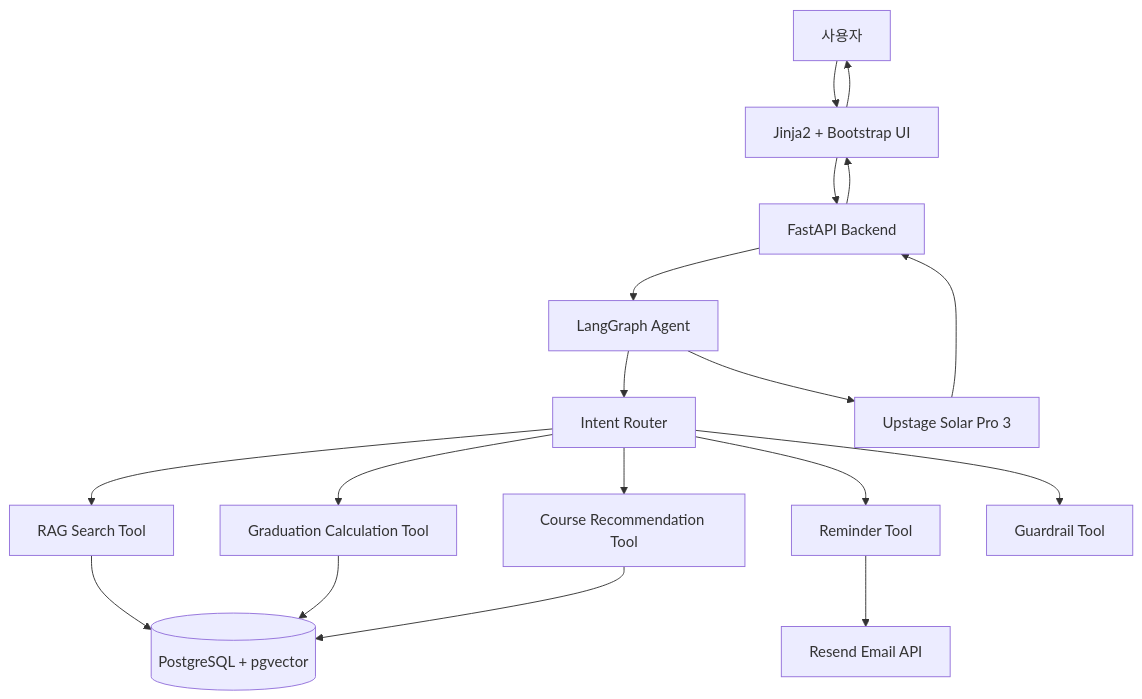
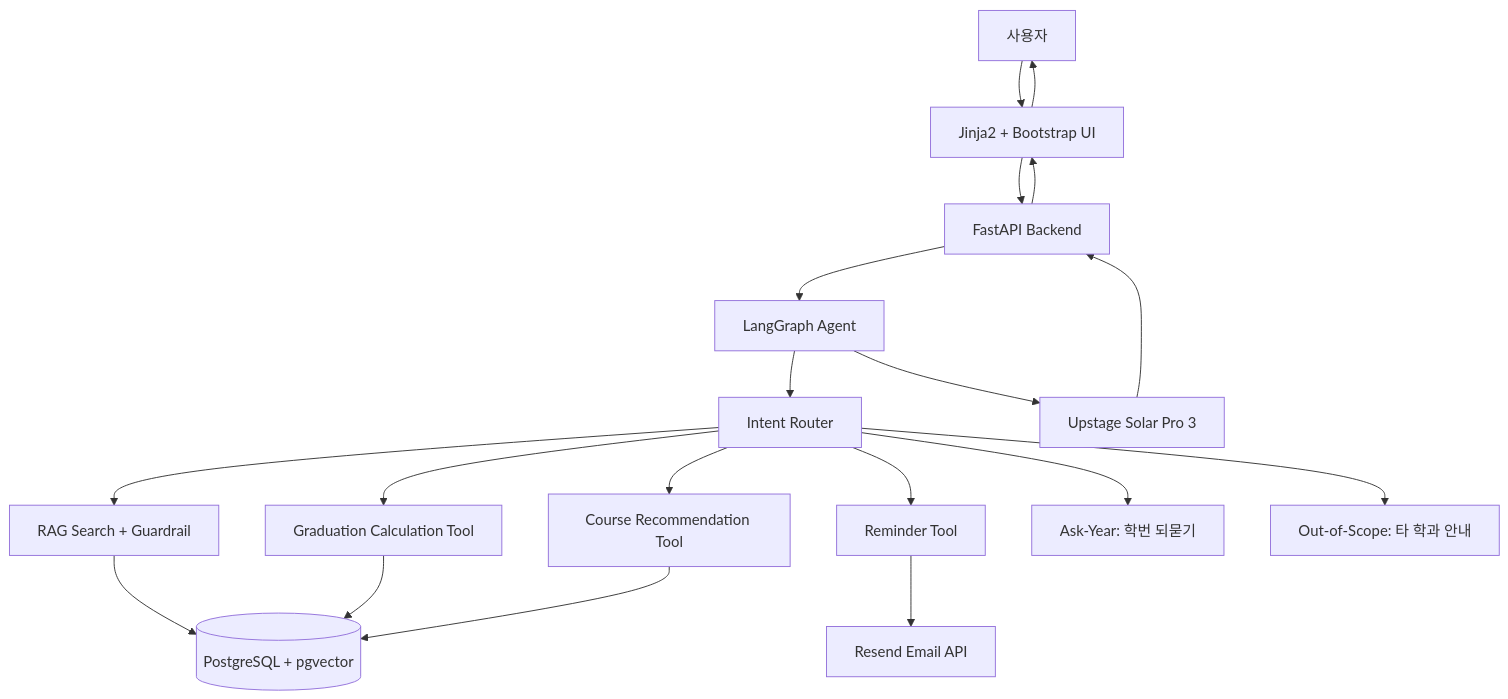
Before and after one commit to woojinwoojin/AI_Agent_Project: the diagram in README.md, drawn with Mermaid. The commit also changed other lines of this file and 2 other files, not shown here.

First line of the commit message:
docs: 최근 병합 반영해 README·ADR·architecture 최신화

````diff
--- a/README.md
+++ b/README.md
@@ -241,25 +243,26 @@
 ```mermaid
 flowchart TD
     USER[사용자] --> UI[Jinja2 + Bootstrap UI]
     UI --> API[FastAPI Backend]
 
     API --> AGENT[LangGraph Agent]
 
     AGENT --> ROUTER[Intent Router]
-    ROUTER --> RAG[RAG Search Tool]
+    ROUTER --> RAG[RAG Search + Guardrail]
     ROUTER --> GRAD[Graduation Calculation Tool]
     ROUTER --> COURSE[Course Recommendation Tool]
     ROUTER --> REMINDER[Reminder Tool]
-    ROUTER --> GUARD[Guardrail Tool]
+    ROUTER --> ASKYEAR[Ask-Year: 학번 되묻기]
+    ROUTER --> OOS[Out-of-Scope: 타 학과 안내]
 
     RAG --> DB[(PostgreSQL + pgvector)]
     GRAD --> DB
     COURSE --> DB
 
     AGENT --> LLM[Upstage Solar Pro 3]
     REMINDER --> RESEND[Resend Email API]
 
     LLM --> API
     API --> UI
     UI --> USER
 ```
````
